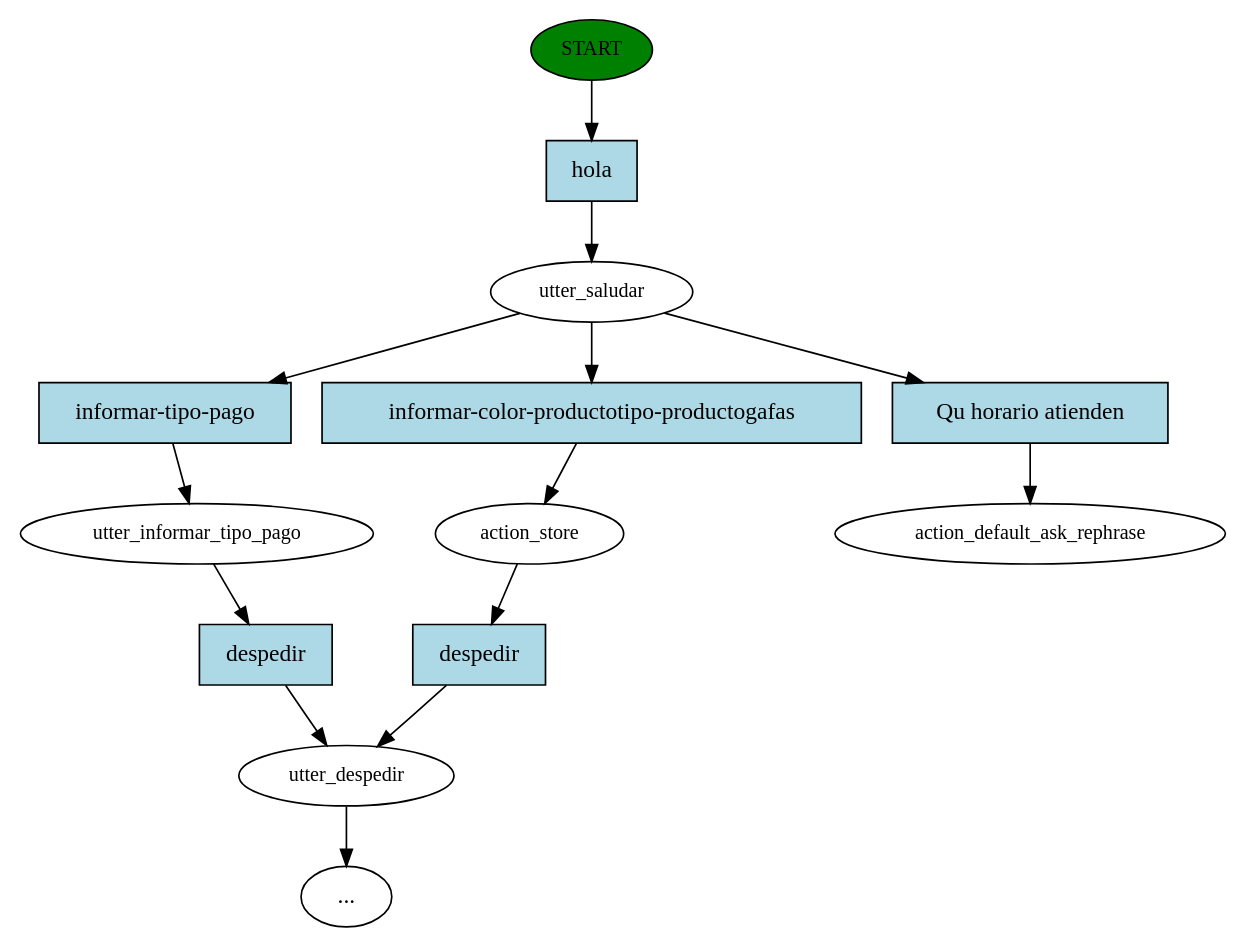
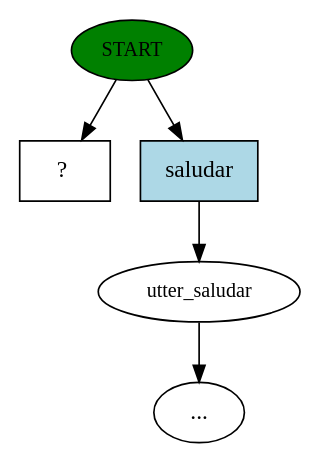
One commit to menoguerar/Proyecto-Sistemas-Inteligentes changed the diagram in chatbot/story_graph.dot. Above: the diagram before and after it, drawn with Graphviz. The commit also changed 7 other files, not shown here.

```diff
--- a/chatbot/story_graph.dot
+++ b/chatbot/story_graph.dot
@@ -1,28 +1,11 @@
 digraph  {
 0 [class="start active", fillcolor=green, fontsize=12, label=START, style=filled];
-1 [class=active, fontsize=12, label=utter_saludar];
-2 [class="", fontsize=12, label=utter_informar_tipo_pago];
-3 [class="", fontsize=12, label=utter_despedir];
-5 [class="", fontsize=12, label=action_store];
+1 [class="", fontsize=12, label=utter_saludar];
 "-4" [class=ellipsis, label="..."];
-8 [class="dashed active", fontsize=12, label=action_default_ask_rephrase];
-9 [class="intent active", fillcolor=lightblue, label=hola, shape=rect, style=filled];
-10 [class=intent, fillcolor=lightblue, label="informar-tipo-pago", shape=rect, style=filled];
-11 [class=intent, fillcolor=lightblue, label="informar-color-productotipo-productogafas", shape=rect, style=filled];
-12 [class="intent active", fillcolor=lightblue, label="Qu horario atienden ", shape=rect, style=filled];
-13 [class=intent, fillcolor=lightblue, label=despedir, shape=rect, style=filled];
-14 [class=intent, fillcolor=lightblue, label=despedir, shape=rect, style=filled];
-0 -> 9  [class=active, key=0];
-1 -> 10  [class="", key=0];
-1 -> 11  [class="", key=0];
-1 -> 12  [class=active, key=0];
-2 -> 13  [class="", key=0];
-3 -> "-4"  [class="", key=NONE, label=""];
-5 -> 14  [class="", key=0];
-9 -> 1  [class=active, key=0];
-10 -> 2  [class="", key=0];
-11 -> 5  [class="", key=0];
-12 -> 8  [class=active, key=0];
-13 -> 3  [class="", key=0];
-14 -> 3  [class="", key=0];
+3 [class="intent dashed active", label="  ?  ", shape=rect];
+4 [class=intent, fillcolor=lightblue, label=saludar, shape=rect, style=filled];
+0 -> 3  [class=active, key=NONE, label=""];
+0 -> 4  [class="", key=0];
+1 -> "-4"  [class="", key=NONE, label=""];
+4 -> 1  [class="", key=0];
 }
```
